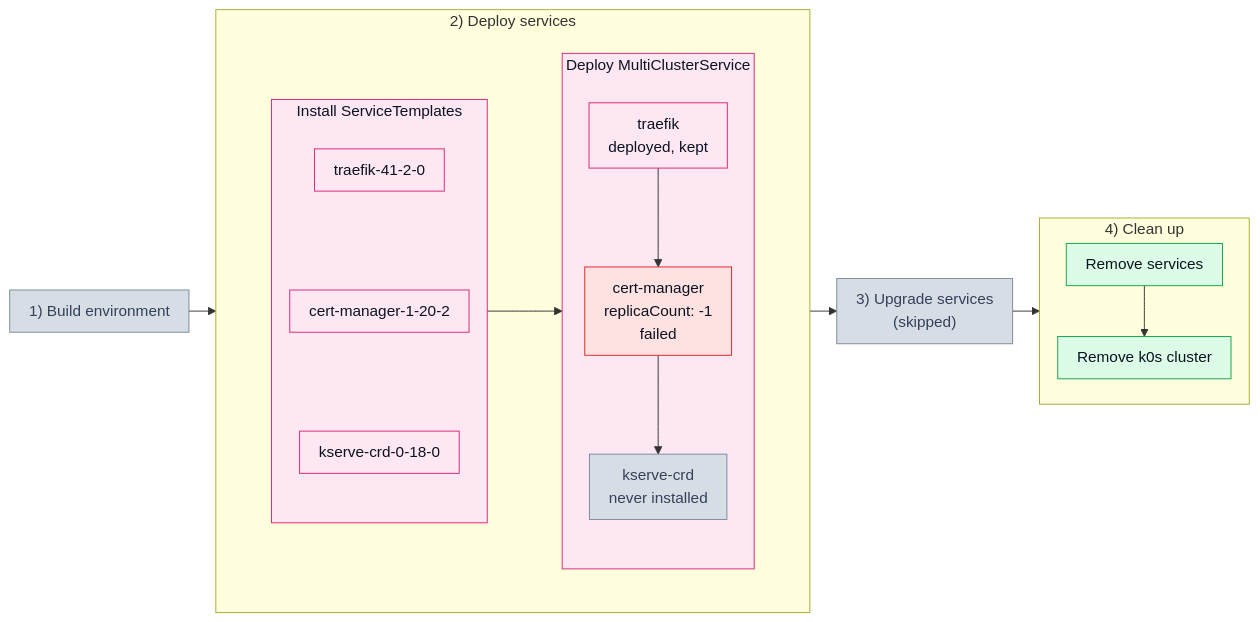
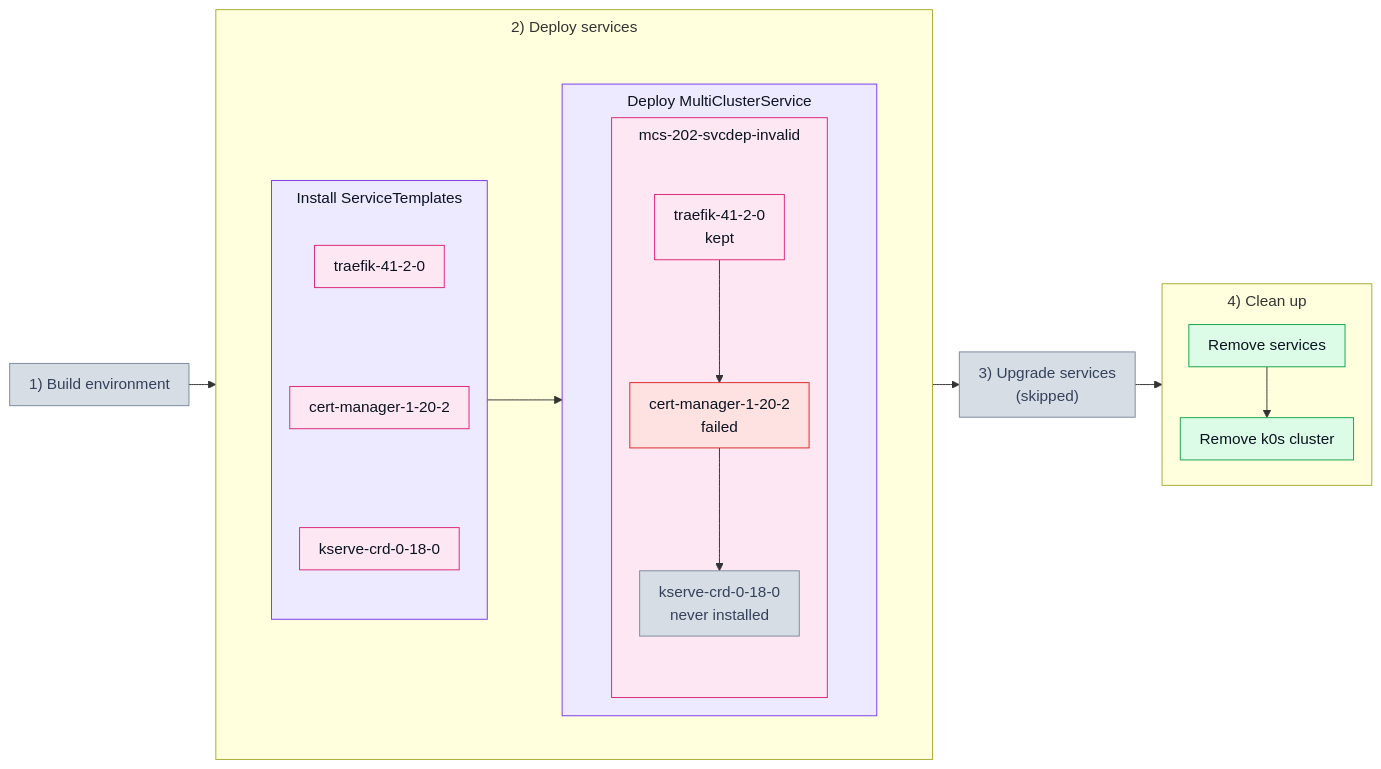
One commit to josef-hak/ksm-tests changed the diagram in test_scenarios/202_svcdep_invalid.md. Above: the diagram before and after it, drawn with Mermaid. The commit also changed 9 other files, not shown here.

Commit message:
docs: apply the 301 schema style to the other scenarios

````diff
--- a/test_scenarios/202_svcdep_invalid.md
+++ b/test_scenarios/202_svcdep_invalid.md
@@ -22,42 +22,46 @@
 ```mermaid
-%%{init: {'flowchart': {'padding': 10, 'nodeSpacing': 18, 'rankSpacing': 28}}}%%
+%%{init: {'flowchart': {'padding': 10, 'nodeSpacing': 18, 'rankSpacing': 28, 'subGraphTitleMargin': {'top': 6, 'bottom': 10}}}}%%
 flowchart LR
     P1["1) Build environment"]
 
     subgraph P2["2) Deploy services"]
         subgraph W2[" "]
             direction LR
             subgraph D1["Install ServiceTemplates"]
                 direction TB
                 T1["traefik-41-2-0"] ~~~ T2["cert-manager-1-20-2"] ~~~ T3["kserve-crd-0-18-0"]
             end
 
             subgraph D2["Deploy MultiClusterService"]
-                direction TB
-                M1["traefik<br/>deployed, kept"] --> M2["cert-manager<br/>replicaCount: -1<br/>failed"] --> M3["kserve-crd<br/>never installed"]
+                subgraph DM["mcs-202-svcdep-invalid"]
+                    direction TB
+                    M1["traefik-41-2-0<br/>kept"] --> M2["cert-manager-1-20-2<br/>failed"] --> M3["kserve-crd-0-18-0<br/>never installed"]
+                end
             end
 
             D1 --> D2
         end
     end
 
     P3["3) Upgrade services<br/>(skipped)"]
 
     subgraph P4["4) Clean up"]
         C1["Remove services"] --> C2["Remove k0s cluster"]
     end
 
     P1 --> P2 --> P3 --> P4
 
     classDef off fill:#d7dde5,stroke:#7c8a9c,color:#33415a
+    classDef purple fill:#ede9fe,stroke:#7c3aed,color:#0b1220
     classDef pink fill:#fce7f3,stroke:#db2777,color:#0b1220
     classDef fail fill:#fee2e2,stroke:#dc2626,color:#0b1220
     classDef green fill:#dcfce7,stroke:#16a34a,color:#0b1220
     classDef bare fill:none,stroke:none
 
     class P1,P3,M3 off
-    class D1,D2,T1,T2,T3,M1 pink
+    class D1,D2 purple
+    class DM,T1,T2,T3,M1 pink
     class M2 fail
     class C1,C2 green
     class W2 bare
 ```
````
